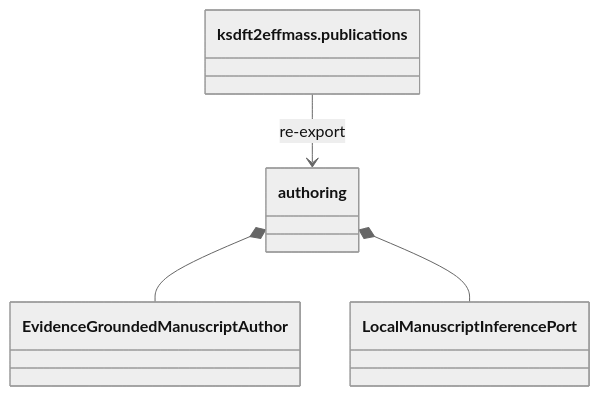
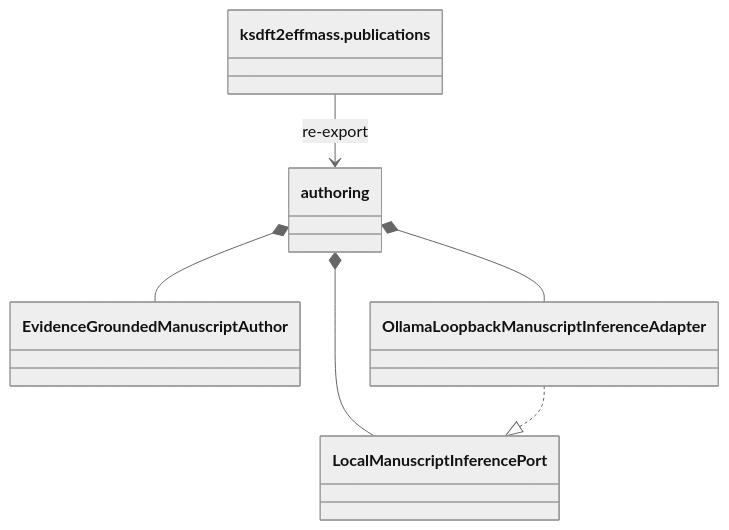
One commit to eragasa/ksdft2effmass changed the diagram in docs/architecture/ksdft2effmass/publications/implementation.md. Above: the diagram before and after it, drawn with Mermaid (neutral theme). The commit also changed other lines of this file and 71 other files, not shown here.

Commit message:
Add retained local abstract authoring path

````diff
--- a/docs/architecture/ksdft2effmass/publications/implementation.md
+++ b/docs/architecture/ksdft2effmass/publications/implementation.md
@@ -7,11 +7,14 @@
 ```mermaid
 classDiagram
     class PublicationsFacade["ksdft2effmass.publications"]
     class AuthoringPackage["authoring"]
     class EvidenceGroundedManuscriptAuthor
     class LocalManuscriptInferencePort
+    class OllamaLoopbackManuscriptInferenceAdapter
 
     PublicationsFacade --> AuthoringPackage : re-export
     AuthoringPackage *-- EvidenceGroundedManuscriptAuthor
     AuthoringPackage *-- LocalManuscriptInferencePort
+    AuthoringPackage *-- OllamaLoopbackManuscriptInferenceAdapter
+    OllamaLoopbackManuscriptInferenceAdapter ..|> LocalManuscriptInferencePort
 ```
````
